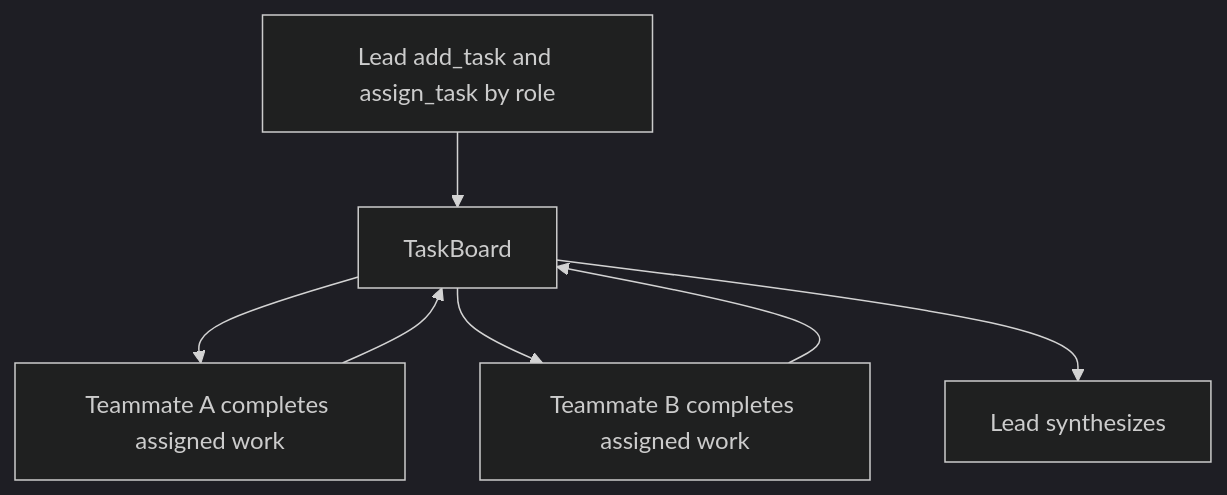
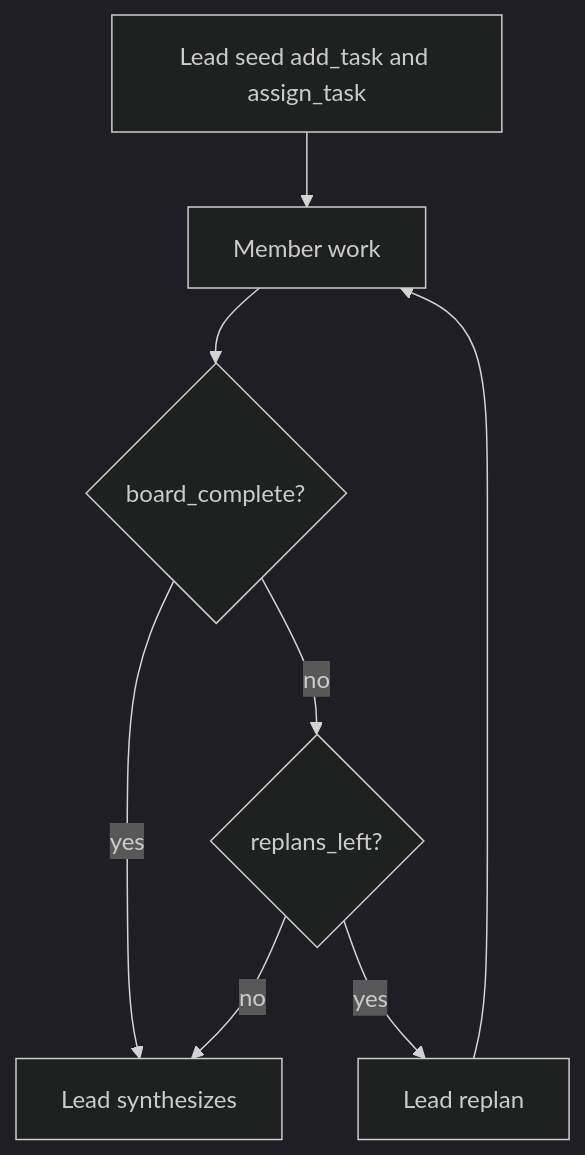
Before and after one commit to Etiqa/pydantic-team: the diagram in docs/collaborative.md, drawn with Mermaid (dark theme). The commit also changed other lines of this file and 16 other files, not shown here.

````diff
--- a/docs/collaborative.md
+++ b/docs/collaborative.md
@@ -17,9 +21,10 @@
 ```mermaid
 flowchart TD
-  lead[Lead add_task and assign_task by role] --> board[TaskBoard]
-  board --> t1[Teammate A completes assigned work]
-  board --> t2[Teammate B completes assigned work]
-  t1 --> board
-  t2 --> board
-  board --> synth[Lead synthesizes]
+  seed[Lead seed add_task and assign_task] --> rounds[Member work]
+  rounds --> done{board_complete?}
+  done -->|yes| synth[Lead synthesizes]
+  done -->|no| budget{replans_left?}
+  budget -->|yes| replan[Lead replan]
+  replan --> rounds
+  budget -->|no| synth
 ```
````
